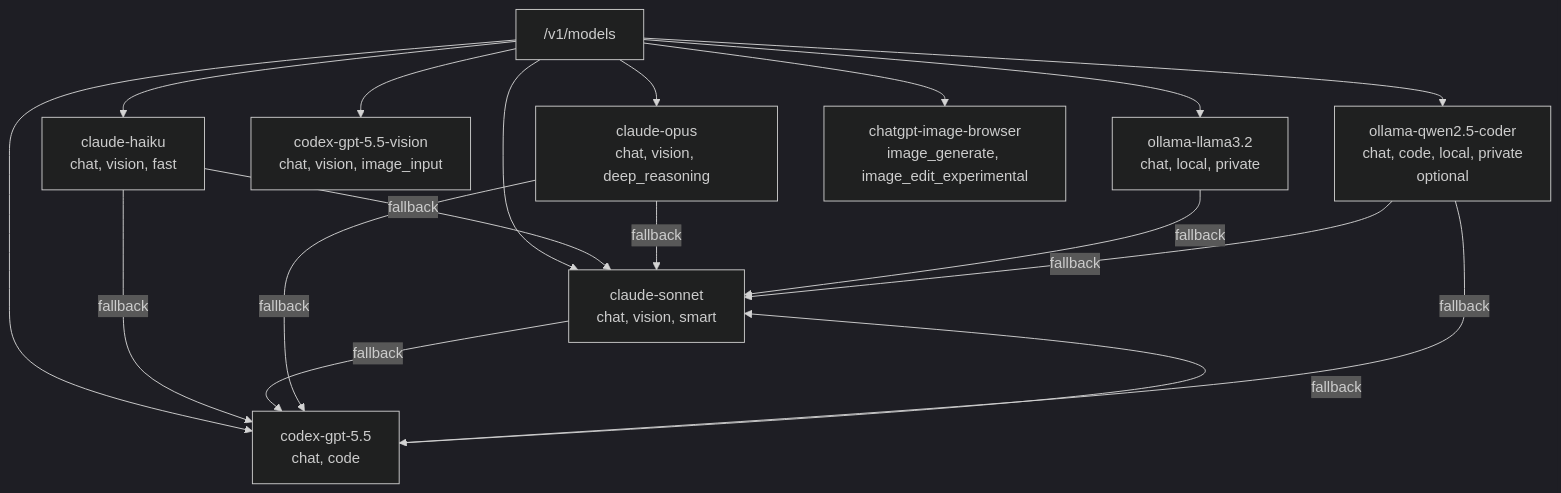
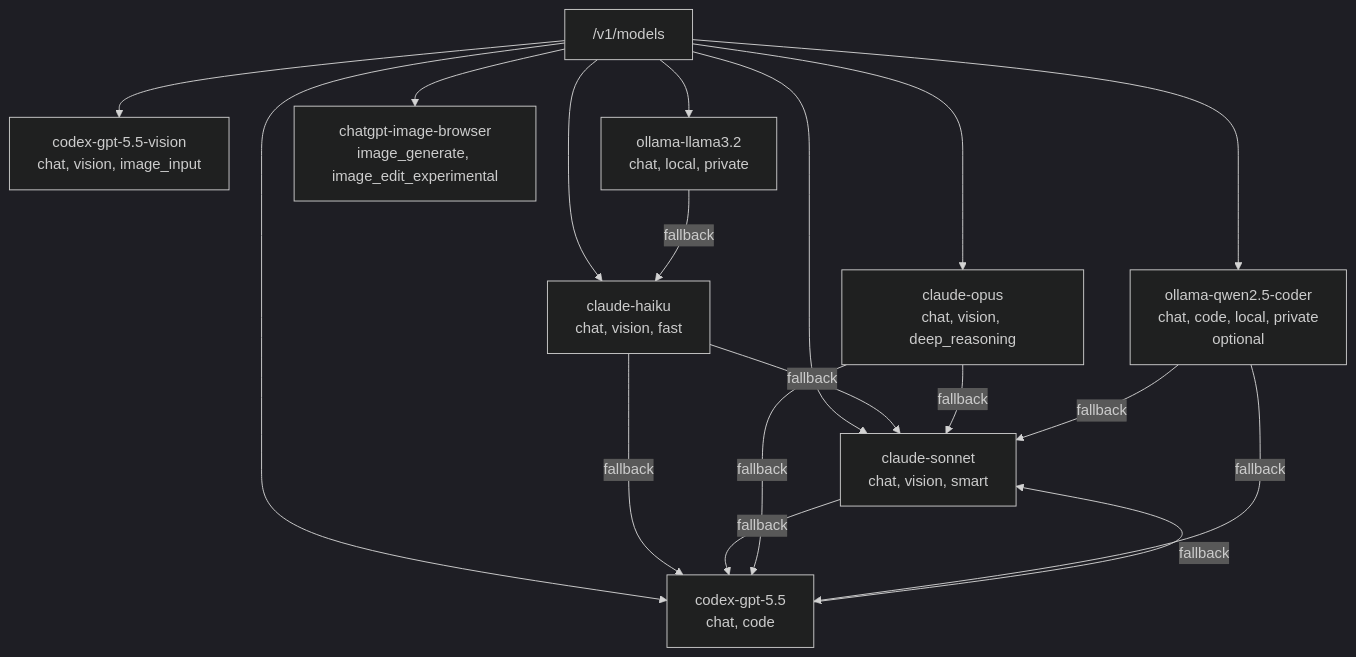
The third of 3 diagrams in planning/technical-architecture.md (rester159/LLMHQ), drawn with Mermaid (dark theme) before and after one commit. The commit also changed 6 other files, not shown here.

Commit message:
Use Haiku fallback for Ollama

````diff
--- a/planning/technical-architecture.md
+++ b/planning/technical-architecture.md
@@ -87,23 +87,23 @@
 ```mermaid
 flowchart TD
   Models["/v1/models"]
 
   Models --> Haiku["claude-haiku\nchat, vision, fast"]
   Models --> Sonnet["claude-sonnet\nchat, vision, smart"]
   Models --> Opus["claude-opus\nchat, vision, deep_reasoning"]
   Models --> Codex["codex-gpt-5.5\nchat, code"]
   Models --> CodexVision["codex-gpt-5.5-vision\nchat, vision, image_input"]
   Models --> Ollama["ollama-llama3.2\nchat, local, private"]
   Models --> OllamaCoder["ollama-qwen2.5-coder\nchat, code, local, private\noptional"]
   Models --> Image["chatgpt-image-browser\nimage_generate, image_edit_experimental"]
 
   Haiku -->|"fallback"| Sonnet
   Haiku -->|"fallback"| Codex
   Sonnet -->|"fallback"| Codex
   Opus -->|"fallback"| Sonnet
   Opus -->|"fallback"| Codex
   Codex -->|"fallback"| Sonnet
-  Ollama -->|"fallback"| Sonnet
+  Ollama -->|"fallback"| Haiku
   OllamaCoder -->|"fallback"| Codex
   OllamaCoder -->|"fallback"| Sonnet
 ```
````
